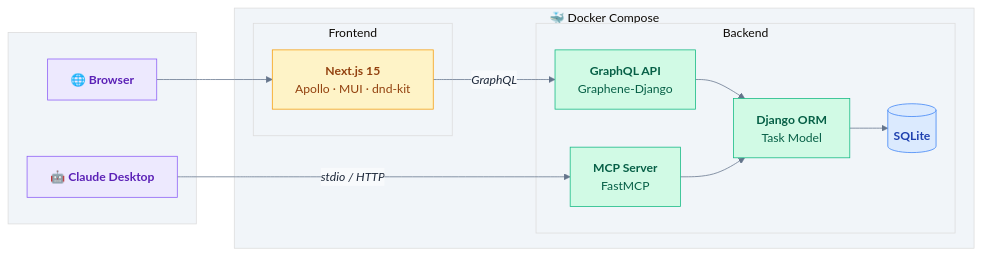
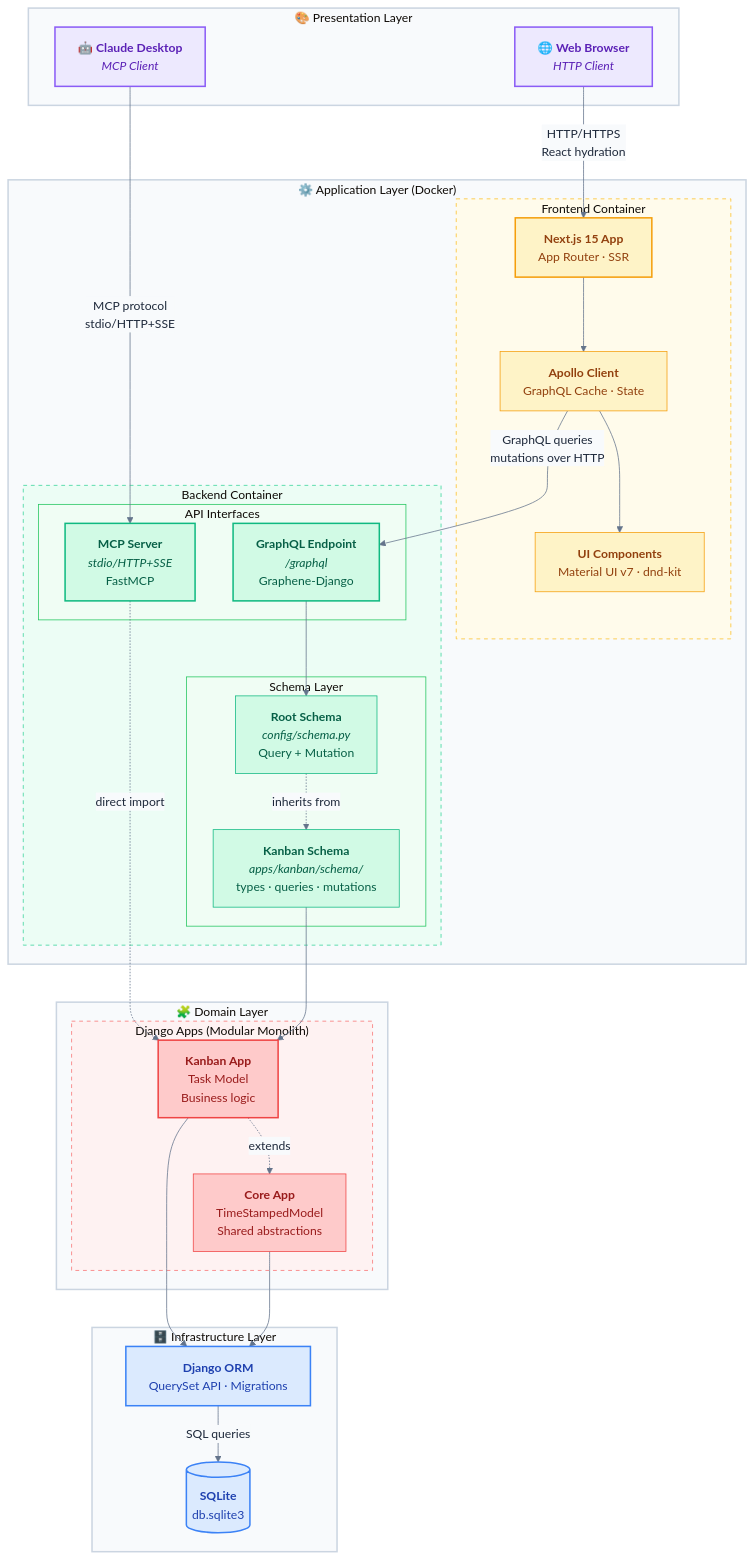
One commit to ggustin93/nextjs-django-kanban-mcp changed the diagram in README.md. Above: the diagram before and after it, drawn with Mermaid. The commit also changed other lines of this file and 3 other files, not shown here.

````diff
--- a/README.md
+++ b/README.md
@@ -187,36 +344,91 @@
 ```mermaid
 %%{init: {'theme': 'base', 'themeVariables': { 'primaryColor': '#fff', 'primaryTextColor': '#1e293b', 'primaryBorderColor': '#e2e8f0', 'lineColor': '#64748b', 'secondaryColor': '#f8fafc', 'tertiaryColor': '#f1f5f9'}}}%%
-graph LR
-    subgraph Clients[" "]
-        Browser["🌐 <b>Browser</b>"]
-        Claude["🤖 <b>Claude Desktop</b>"]
+graph TB
+    subgraph Presentation["🎨 Presentation Layer"]
+        Browser["🌐 <b>Web Browser</b><br/><i>HTTP Client</i>"]
+        Claude["🤖 <b>Claude Desktop</b><br/><i>MCP Client</i>"]
     end
 
-    subgraph Docker["🐳 Docker Compose"]
-        subgraph FE["Frontend"]
-            Next["<b>Next.js 15</b><br/>Apollo · MUI · dnd-kit"]
+    subgraph Application["⚙️ Application Layer (Docker)"]
+        subgraph Frontend["Frontend Container"]
+            NextApp["<b>Next.js 15 App</b><br/>App Router · SSR"]
+            Apollo["<b>Apollo Client</b><br/>GraphQL Cache · State"]
+            UI["<b>UI Components</b><br/>Material UI v7 · dnd-kit"]
         end
 
-        subgraph BE["Backend"]
-            GraphQL["<b>GraphQL API</b><br/>Graphene-Django"]
-            MCP["<b>MCP Server</b><br/>FastMCP"]
-            ORM["<b>Django ORM</b><br/>Task Model"]
-            DB[("<b>SQLite</b>")]
+        subgraph Backend["Backend Container"]
+            subgraph APIs["API Interfaces"]
+                GraphQL["<b>GraphQL Endpoint</b><br/><i>/graphql</i><br/>Graphene-Django"]
+                MCPServer["<b>MCP Server</b><br/><i>stdio/HTTP+SSE</i><br/>FastMCP"]
+            end
+
+            subgraph Schema["Schema Layer"]
+                RootSchema["<b>Root Schema</b><br/><i>config/schema.py</i><br/>Query + Mutation"]
+                KanbanSchema["<b>Kanban Schema</b><br/><i>apps/kanban/schema/</i><br/>types · queries · mutations"]
+            end
         end
     end
 
-    Browser --> Next
-    Next -->|"<i>GraphQL</i>"| GraphQL
-    Claude -->|"<i>stdio / HTTP</i>"| MCP
-    GraphQL --> ORM
-    MCP --> ORM
-    ORM --> DB
+    subgraph Domain["🧩 Domain Layer"]
+        subgraph Apps["Django Apps (Modular Monolith)"]
+            CoreApp["<b>Core App</b><br/>TimeStampedModel<br/>Shared abstractions"]
+            KanbanApp["<b>Kanban App</b><br/>Task Model<br/>Business logic"]
+        end
+    end
 
-    style Browser fill:#ede9fe,stroke:#8b5cf6,color:#5b21b6
-    style Claude fill:#ede9fe,stroke:#8b5cf6,color:#5b21b6
-    style Next fill:#fef3c7,stroke:#f59e0b,color:#92400e
-    style GraphQL fill:#d1fae5,stroke:#10b981,color:#065f46
-    style MCP fill:#d1fae5,stroke:#10b981,color:#065f46
-    style ORM fill:#d1fae5,stroke:#10b981,color:#065f46
-    style DB fill:#dbeafe,stroke:#3b82f6,color:#1e40af
+    subgraph Infrastructure["🗄️ Infrastructure Layer"]
+        ORM["<b>Django ORM</b><br/>QuerySet API · Migrations"]
+        DB[("<b>SQLite</b><br/>db.sqlite3")]
+    end
+
+    %% Client to Frontend
+    Browser -->|"HTTP/HTTPS<br/>React hydration"| NextApp
+    NextApp --> Apollo
+    Apollo --> UI
+
+    %% Frontend to Backend
+    Apollo -->|"GraphQL queries<br/>mutations over HTTP"| GraphQL
+
+    %% Claude to Backend
+    Claude -->|"MCP protocol<br/>stdio/HTTP+SSE"| MCPServer
+
+    %% Schema Composition
+    GraphQL --> RootSchema
+    RootSchema -.->|"inherits from"| KanbanSchema
+    MCPServer -.->|"direct import"| KanbanApp
+
+    %% Backend to Domain
+    KanbanSchema --> KanbanApp
+    KanbanApp -.->|"extends"| CoreApp
+
+    %% Domain to Infrastructure
+    KanbanApp --> ORM
+    CoreApp --> ORM
+    ORM -->|"SQL queries"| DB
+
+    %% Styling
+    style Browser fill:#ede9fe,stroke:#8b5cf6,color:#5b21b6,stroke-width:2px
+    style Claude fill:#ede9fe,stroke:#8b5cf6,color:#5b21b6,stroke-width:2px
+    style NextApp fill:#fef3c7,stroke:#f59e0b,color:#92400e,stroke-width:2px
+    style Apollo fill:#fef3c7,stroke:#f59e0b,color:#92400e
+    style UI fill:#fef3c7,stroke:#f59e0b,color:#92400e
+    style GraphQL fill:#d1fae5,stroke:#10b981,color:#065f46,stroke-width:2px
+    style MCPServer fill:#d1fae5,stroke:#10b981,color:#065f46,stroke-width:2px
+    style RootSchema fill:#d1fae5,stroke:#10b981,color:#065f46
+    style KanbanSchema fill:#d1fae5,stroke:#10b981,color:#065f46
+    style CoreApp fill:#fecaca,stroke:#ef4444,color:#991b1b
+    style KanbanApp fill:#fecaca,stroke:#ef4444,color:#991b1b,stroke-width:2px
+    style ORM fill:#dbeafe,stroke:#3b82f6,color:#1e40af,stroke-width:2px
+    style DB fill:#dbeafe,stroke:#3b82f6,color:#1e40af,stroke-width:2px
+
+    %% Container styling
+    style Presentation fill:#f8fafc,stroke:#cbd5e1,stroke-width:2px
+    style Application fill:#f8fafc,stroke:#cbd5e1,stroke-width:2px
+    style Frontend fill:#fffbeb,stroke:#fbbf24,stroke-width:1px,stroke-dasharray: 5 5
+    style Backend fill:#ecfdf5,stroke:#34d399,stroke-width:1px,stroke-dasharray: 5 5
+    style APIs fill:#f0fdf4,stroke:#22c55e,stroke-width:1px
+    style Schema fill:#f0fdf4,stroke:#22c55e,stroke-width:1px
+    style Domain fill:#f8fafc,stroke:#cbd5e1,stroke-width:2px
+    style Apps fill:#fef2f2,stroke:#f87171,stroke-width:1px,stroke-dasharray: 5 5
+    style Infrastructure fill:#f8fafc,stroke:#cbd5e1,stroke-width:2px
 ```
````
